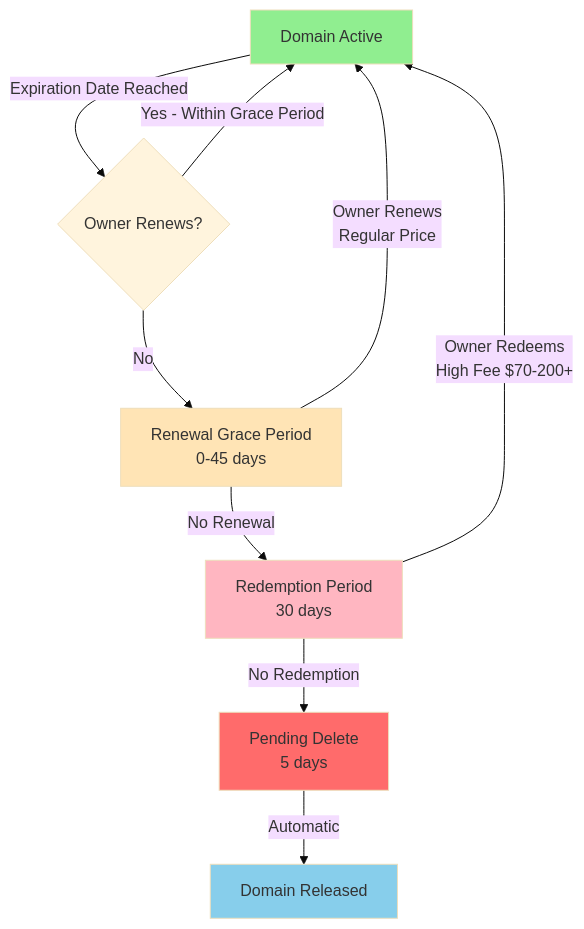
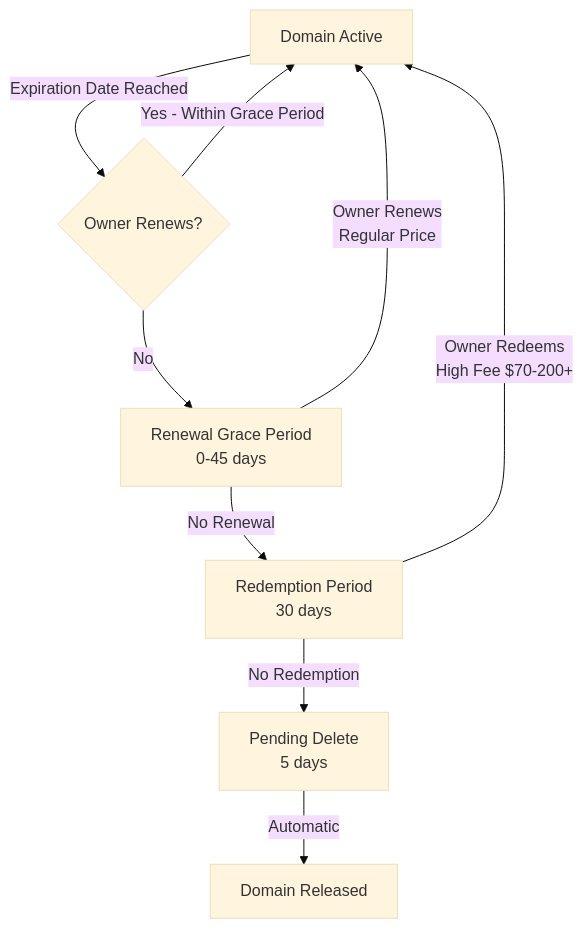
One commit to pypi/warehouse changed the diagram in docs/blog/posts/2025-08-18-preventing-domain-resurrections.md. Above: the diagram before and after it, drawn with Mermaid (base theme).

Commit message:
blog: remove colors from flowchart
Doesn't play well with dark mode, and I couldn't find a happy balance
for both.

````diff
--- a/docs/blog/posts/2025-08-18-preventing-domain-resurrections.md
+++ b/docs/blog/posts/2025-08-18-preventing-domain-resurrections.md
@@ -69,21 +69,15 @@
 ```mermaid
 flowchart TD
   A[Domain Active] -->|Expiration Date Reached| B{Owner Renews?}
 
   B -->|Yes - Within Grace Period| A
   B -->|No| C[Renewal Grace Period<br/>0-45 days]
 
   C -->|Owner Renews<br/>Regular Price| A
   C -->|No Renewal| D[Redemption Period<br/>30 days]
 
   D -->|Owner Redeems<br/>High Fee $70-200+| A
   D -->|No Redemption| E[Pending Delete<br/>5 days]
 
   E -->|Automatic| F[Domain Released]
-
-  style A fill:#90EE90
-  style C fill:#FFE4B5
-  style D fill:#FFB6C1
-  style E fill:#FF6B6B
-  style F fill:#87CEEB
 ```
````
